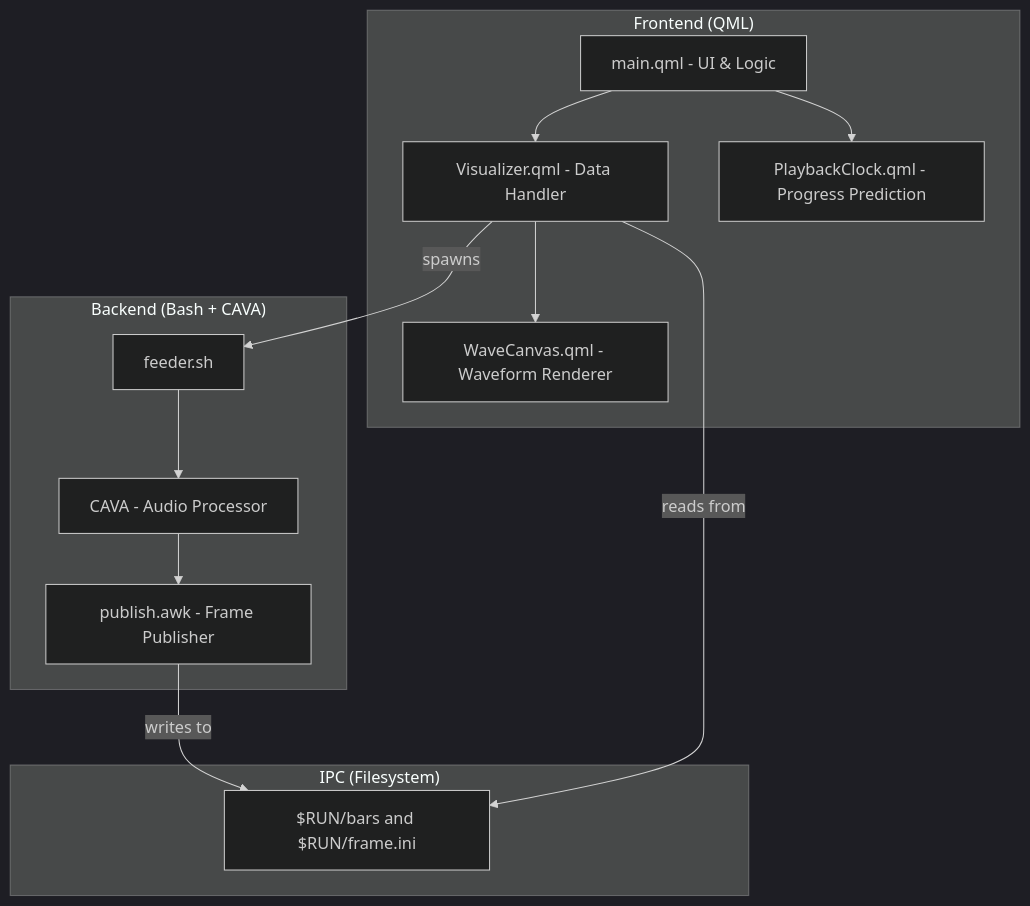
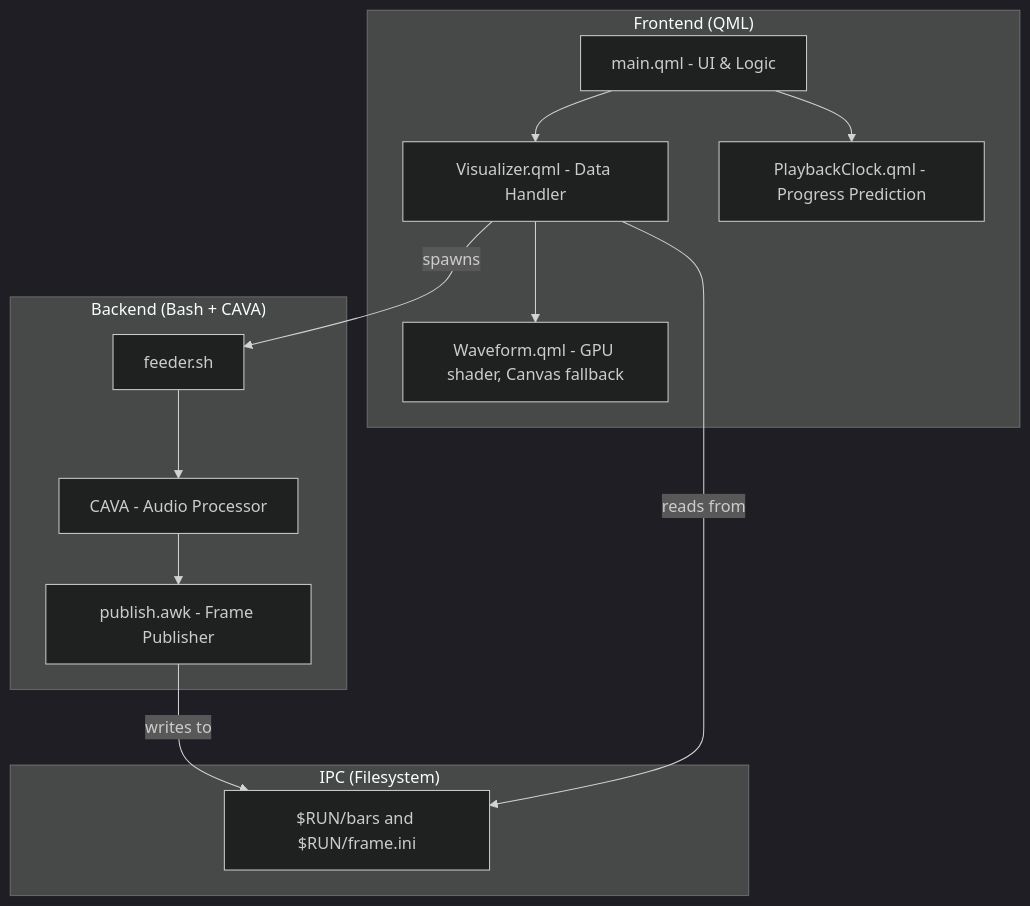
One commit to Muddyblack/audio-wave-visualizer changed the first of 2 diagrams in docs/workflow.md. Above: the diagram before and after it, drawn with Mermaid (dark theme). The commit also changed other lines of this file and 48 other files, not shown here.

````diff
--- a/docs/workflow.md
+++ b/docs/workflow.md
@@ -7,28 +7,28 @@
 ```mermaid
 graph TD
     subgraph "Frontend (QML)"
         main[main.qml - UI & Logic]
         vis[Visualizer.qml - Data Handler]
-        canvas[WaveCanvas.qml - Waveform Renderer]
+        canvas[Waveform.qml - GPU shader, Canvas fallback]
         clock[PlaybackClock.qml - Progress Prediction]
     end
 
     subgraph "IPC (Filesystem)"
         bars_file["$RUN/bars and $RUN/frame.ini"]
     end
 
     subgraph "Backend (Bash + CAVA)"
         feeder[feeder.sh]
         cava[CAVA - Audio Processor]
         publisher[publish.awk - Frame Publisher]
     end
 
     main --> vis
     main --> clock
     vis --> canvas
     vis -- spawns --> feeder
     feeder --> cava
     cava --> publisher
     publisher -- writes to --> bars_file
     vis -- reads from --> bars_file
 ```
````
